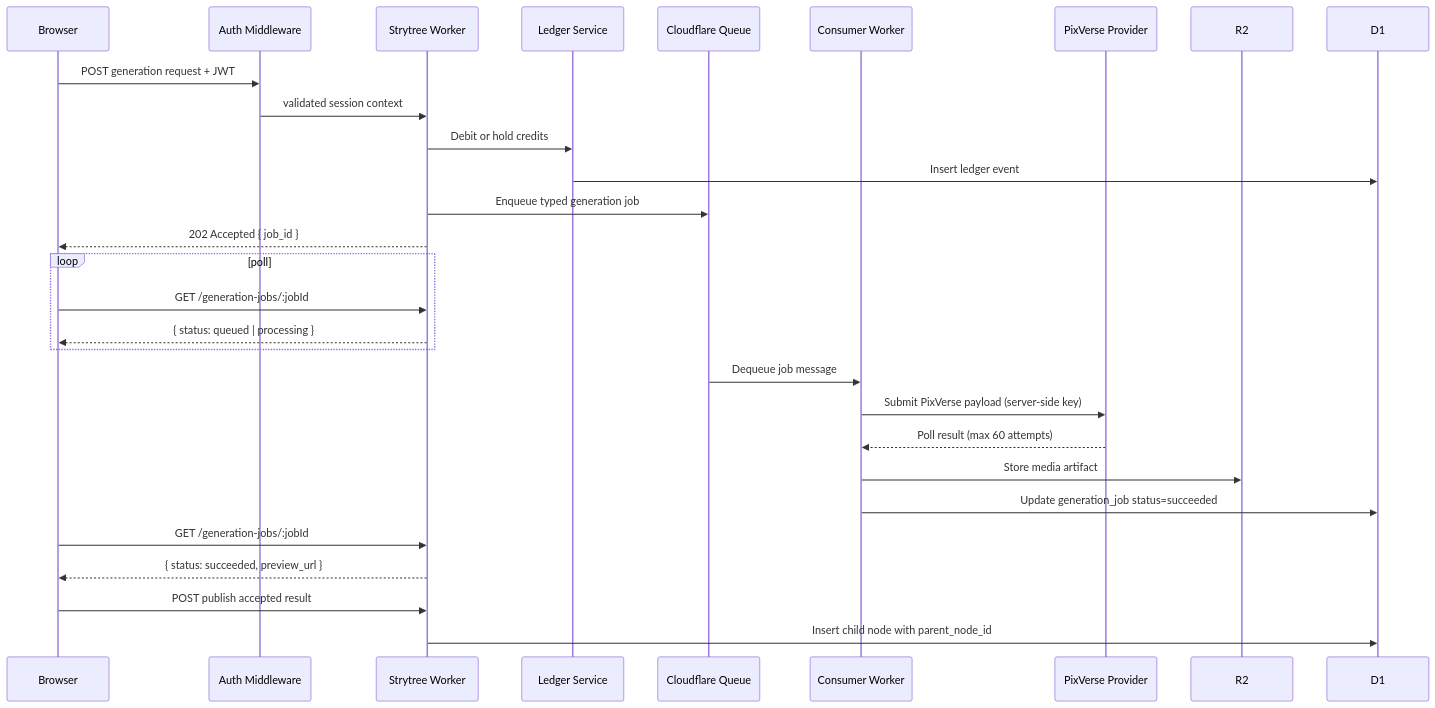
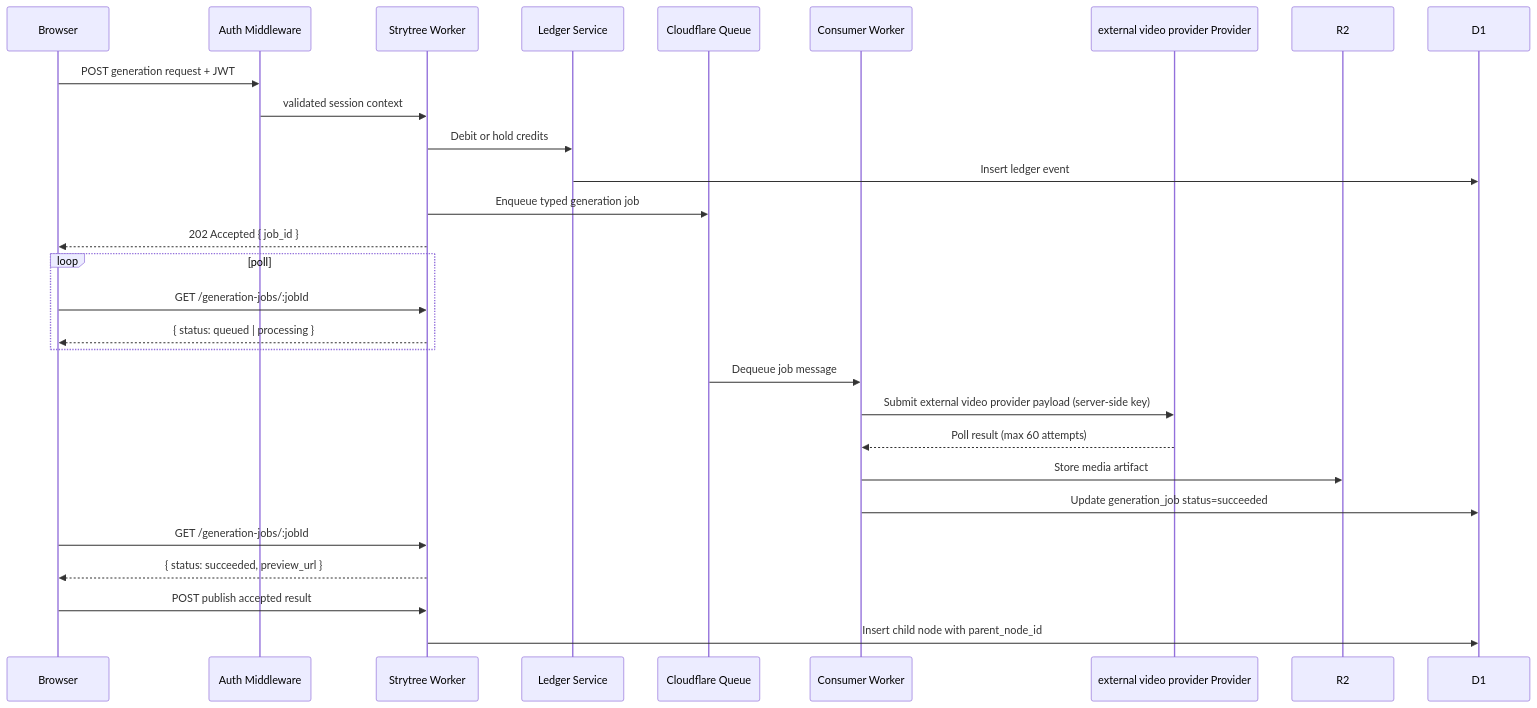
Before and after one commit to huijoohwee/knowgrph: the third of 6 diagrams in docs/documents/knowgrph-strytree-prd-tad.md, drawn with Mermaid. The commit also changed other lines of this file and 187 other files, not shown here.

````diff
--- a/docs/documents/knowgrph-strytree-prd-tad.md
+++ b/docs/documents/knowgrph-strytree-prd-tad.md
@@ -1006,32 +1006,32 @@
 ```mermaid
 sequenceDiagram
   participant B as Browser
   participant A as Auth Middleware
   participant W as Strytree Worker
   participant L as Ledger Service
   participant Q as Cloudflare Queue
   participant C as Consumer Worker
-  participant H as PixVerse Provider
+  participant H as external video provider Provider
   participant R as R2
   participant D as D1
 
   B->>A: POST generation request + JWT
   A->>W: validated session context
   W->>L: Debit or hold credits
   L->>D: Insert ledger event
   W->>Q: Enqueue typed generation job
   W-->>B: 202 Accepted { job_id }
   loop poll
     B->>W: GET /generation-jobs/:jobId
     W-->>B: { status: queued | processing }
   end
   Q->>C: Dequeue job message
-  C->>H: Submit PixVerse payload (server-side key)
+  C->>H: Submit external video provider payload (server-side key)
   H-->>C: Poll result (max 60 attempts)
   C->>R: Store media artifact
   C->>D: Update generation_job status=succeeded
   B->>W: GET /generation-jobs/:jobId
   W-->>B: { status: succeeded, preview_url }
   B->>W: POST publish accepted result
   W->>D: Insert child node with parent_node_id
 ```
````
